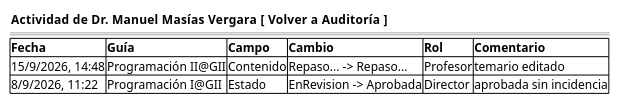
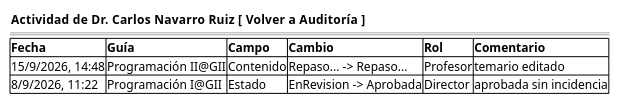
The second of 2 diagrams in RUP/01-requisitos/03-detalle-casos-uso/consultarHistorialCambios/wireframes.puml (mmasias/pyCeldaPublico), drawn with PlantUML before and after one commit. The commit also changed other lines of this file and 49 other files, not shown here.

```diff
--- a/RUP/01-requisitos/03-detalle-casos-uso/consultarHistorialCambios/wireframes.puml
+++ b/RUP/01-requisitos/03-detalle-casos-uso/consultarHistorialCambios/wireframes.puml
@@ -21,11 +21,11 @@
 @startsalt consultarHistorialCambios-wireframe-autor
 {
-    { <b>Actividad de Dr. Manuel Masías Vergara     [ Volver a Auditoría ] }
+    { <b>Actividad de Dr. Carlos Navarro Ruiz     [ Volver a Auditoría ] }
     ====
     {#
         <b>Fecha | <b>Guía | <b>Campo | <b>Cambio | <b>Rol | <b>Comentario
         15/9/2026, 14:48 | Programación II@GII | Contenido | Repaso... -> Repaso... | Profesor | temario editado
         8/9/2026, 11:22 | Programación I@GII | Estado | EnRevision -> Aprobada | Director | aprobada sin incidencia
     }
 }
 @endsalt
```
